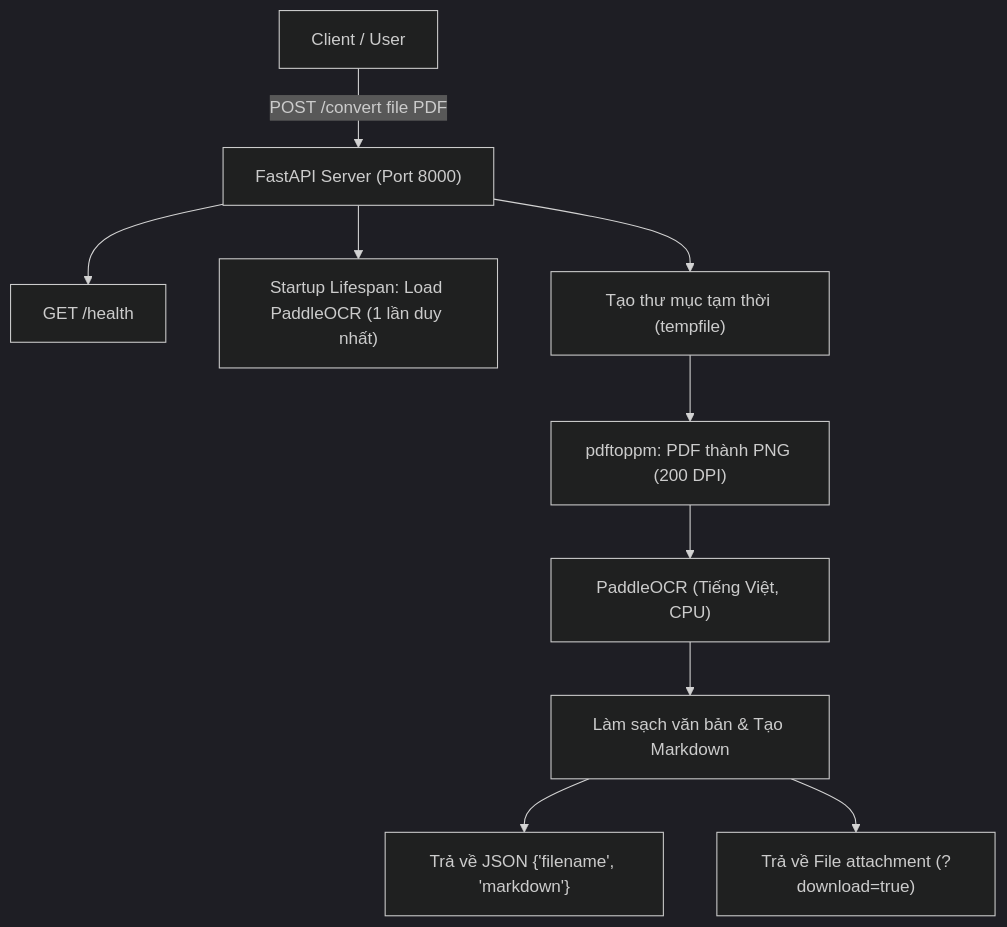
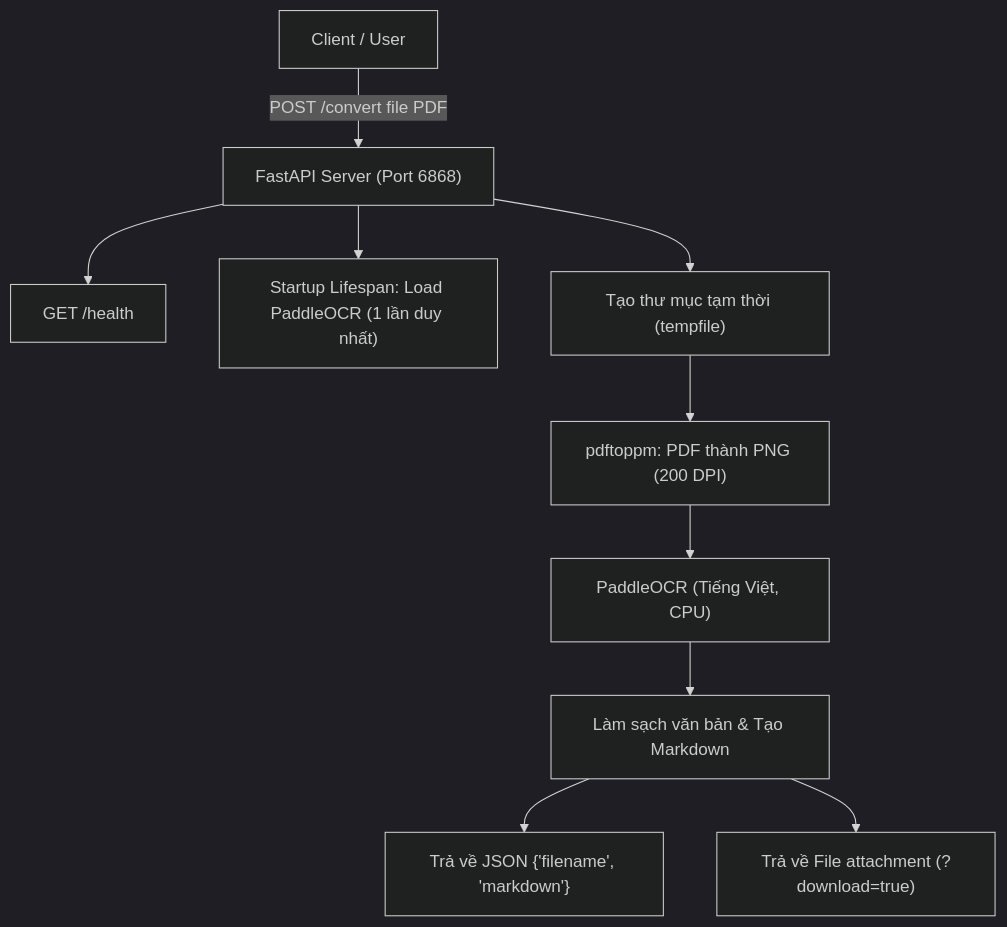
Before and after one commit to AnhducNA/markdown-server: the diagram in docs/system-design.md, drawn with Mermaid (dark theme). The commit also changed other lines of this file and 4 other files, not shown here.

````diff
--- a/docs/system-design.md
+++ b/docs/system-design.md
@@ -22,12 +22,12 @@
 ```mermaid
 flowchart TD
-    Client["Client / User"] -->|POST /convert file PDF| API["FastAPI Server (Port 8000)"]
+    Client["Client / User"] -->|POST /convert file PDF| API["FastAPI Server (Port 6868)"]
     API --> Health["GET /health"]
     API --> Lifespan["Startup Lifespan: Load PaddleOCR (1 lần duy nhất)"]
     API --> TempDir["Tạo thư mục tạm thời (tempfile)"]
     TempDir --> Render["pdftoppm: PDF thành PNG (200 DPI)"]
     Render --> OCR["PaddleOCR (Tiếng Việt, CPU)"]
     OCR --> Clean["Làm sạch văn bản & Tạo Markdown"]
     Clean --> ResJSON["Trả về JSON {'filename', 'markdown'}"]
     Clean --> ResFile["Trả về File attachment (?download=true)"]
 ```
````
